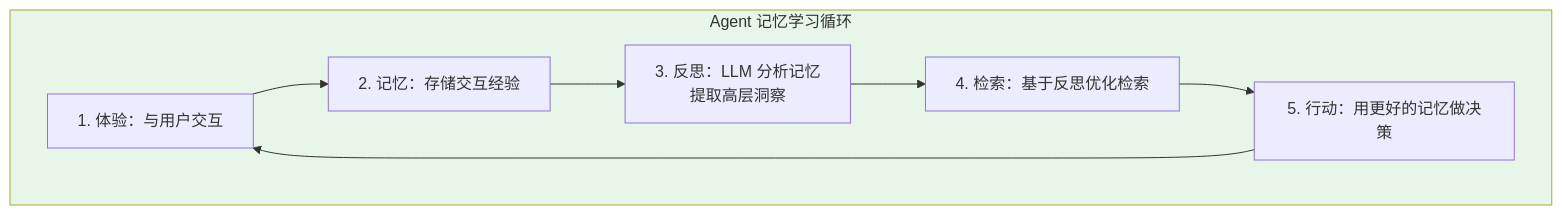
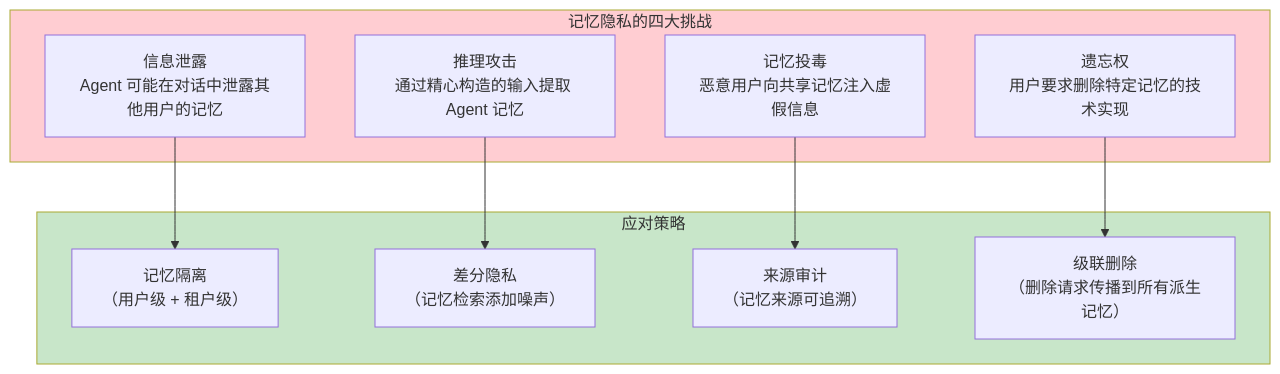
Diagram 11 of 20 in docs/前沿/05-Agent记忆前沿.md (UranusGit/java-agent-learn), drawn with Mermaid before and after one commit. The commit also changed other lines of this file and 15 other files, not shown here.

````diff
--- a/docs/前沿/05-Agent记忆前沿.md
+++ b/docs/前沿/05-Agent记忆前沿.md
@@ -222,14 +380,24 @@
 ```mermaid
 graph TB
-    subgraph 记忆学习["Agent 记忆学习循环"]
-        S1["1. 体验：与用户交互"]
-        S2["2. 记忆：存储交互经验"]
-        S3["3. 反思：LLM 分析记忆<br/>提取高层洞察"]
-        S4["4. 检索：基于反思优化检索"]
-        S5["5. 行动：用更好的记忆做决策"]
+    subgraph 隐私挑战["记忆隐私的四大挑战"]
+        C1["信息泄露<br/>Agent 可能在对话中泄露其他用户的记忆"]
+        C2["推理攻击<br/>通过精心构造的输入提取 Agent 记忆"]
+        C3["记忆投毒<br/>恶意用户向共享记忆注入虚假信息"]
+        C4["遗忘权<br/>用户要求删除特定记忆的技术实现"]
     end
 
-    S1 --> S2 --> S3 --> S4 --> S5 --> S1
+    subgraph 应对["应对策略"]
+        S1["记忆隔离<br/>（用户级 + 租户级）"]
+        S2["差分隐私<br/>（记忆检索添加噪声）"]
+        S3["来源审计<br/>（记忆来源可追溯）"]
+        S4["级联删除<br/>（删除请求传播到所有派生记忆）"]
+    end
 
-    style 记忆学习 fill:#e8f5e9
+    C1 --> S1
+    C2 --> S2
+    C3 --> S3
+    C4 --> S4
+
+    style 隐私挑战 fill:#ffcdd2
+    style 应对 fill:#c8e6c9
 ```
````
